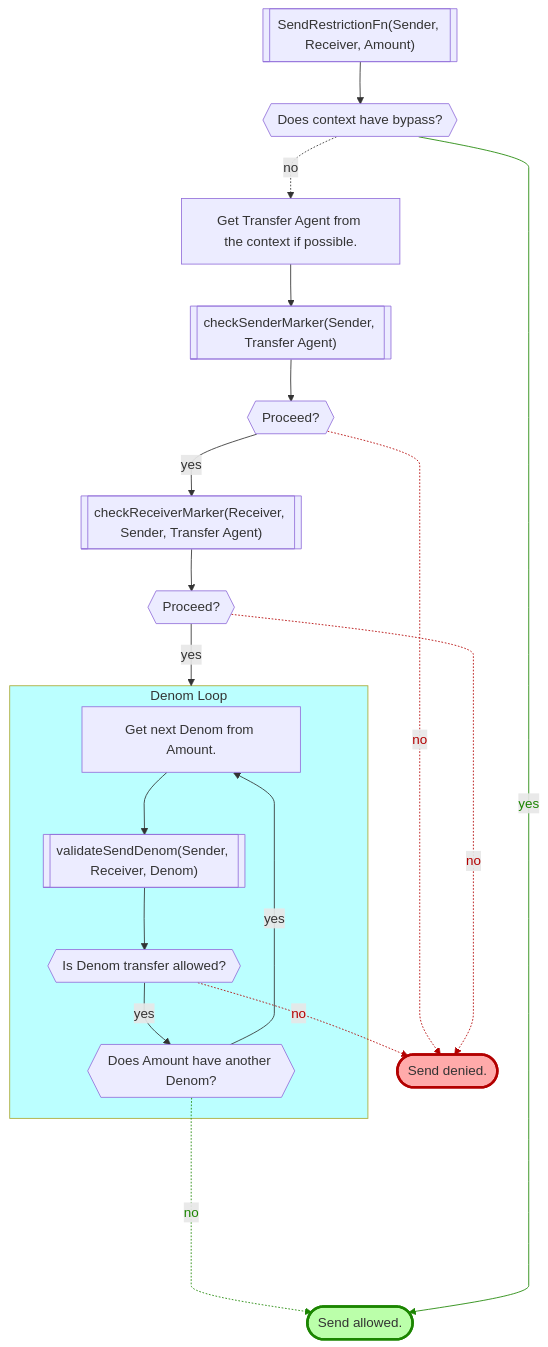
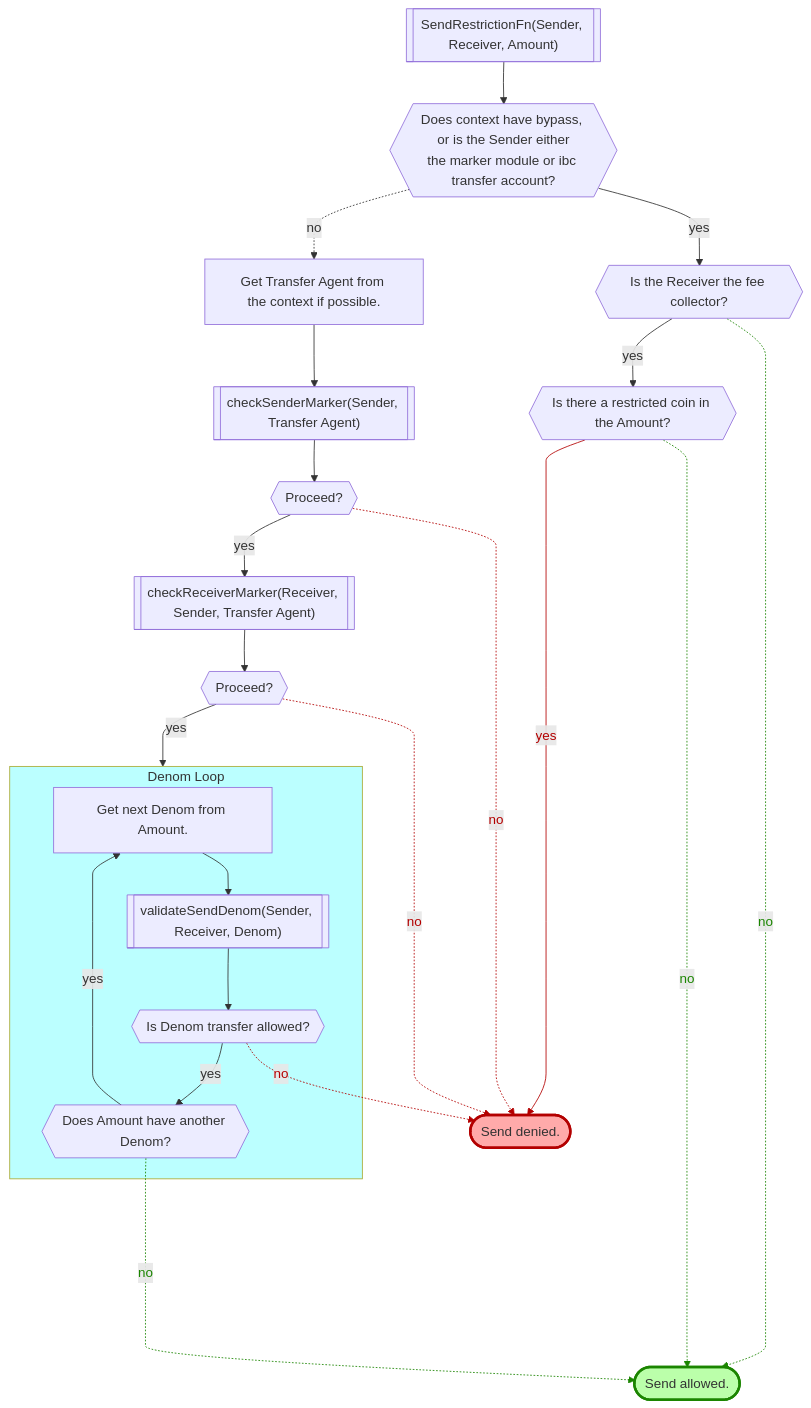
One commit to provenance-io/provenance changed the first of 8 diagrams in x/marker/spec/12_transfers.md. Above: the diagram before and after it, drawn with Mermaid. The commit also changed other lines of this file, not shown here.

Commit message:
[1845]: Update marker spec doc flowcharts.

````diff
--- a/x/marker/spec/12_transfers.md
+++ b/x/marker/spec/12_transfers.md
@@ -105,41 +105,47 @@
 ```mermaid
 %%{ init: { 'flowchart': { 'curve': 'monotoneY'} } }%%
 flowchart TD
     start[["SendRestrictionFn(Sender, Receiver, Amount)"]]
-    qhasbp{{"Does context have bypass?"}}
+    qhasbp{{"Does context have bypass, or is the Sender either\nthe marker module or ibc transfer account?"}}
+    qfc{{"Is the Receiver the fee collector?"}}
+    qrc{{"Is there a restricted coin in the Amount?"}}
     gta["Get Transfer Agent from the context if possible."]
     csm[["checkSenderMarker(Sender, Transfer Agent)"]]
     issmok{{"Proceed?"}}
     crm[["checkReceiverMarker(Receiver, Sender, Transfer Agent)"]]
     isrmok{{"Proceed?"}}
     nextd["Get next Denom from Amount."]
     vsd[["validateSendDenom(Sender, Receiver, Denom)"]]
     isdok{{"Is Denom transfer allowed?"}}
     mored{{"Does Amount have another Denom?"}}
     ok(["Send allowed."])
     style ok fill:#bbffaa,stroke:#1b8500,stroke-width:3px
     denied(["Send denied."])
     style denied fill:#ffaaaa,stroke:#b30000,stroke-width:3px
     start --> qhasbp
     qhasbp -.->|no| gta
+    qhasbp -->|yes| qfc
+    qfc -->|yes| qrc
+    qfc -.->|no| ok
+    qrc -------->|yes| denied
+    qrc -.->|no| ok
     gta --> csm
     csm --> issmok
     issmok -->|yes| crm
     issmok -.->|no| denied
     crm --> isrmok
     isrmok -->|yes| denomloop
     isrmok -.->|no| denied
     subgraph denomloop ["Denom Loop"]
     isdok -->|yes| mored
     vsd --> isdok
     mored -->|yes| nextd
     nextd --> vsd
     end
     mored -....->|no| ok
-    qhasbp ------>|yes| ok
     isdok -.->|no| denied
 
     style denomloop fill:#bbffff
-    linkStyle 5,8,15 stroke:#b30000,color:#b30000
-    linkStyle 13,14 stroke:#1b8500,color:#1b8500
+    linkStyle 5,10,13,19 stroke:#b30000,color:#b30000
+    linkStyle 4,6,18 stroke:#1b8500,color:#1b8500
 ```
````
